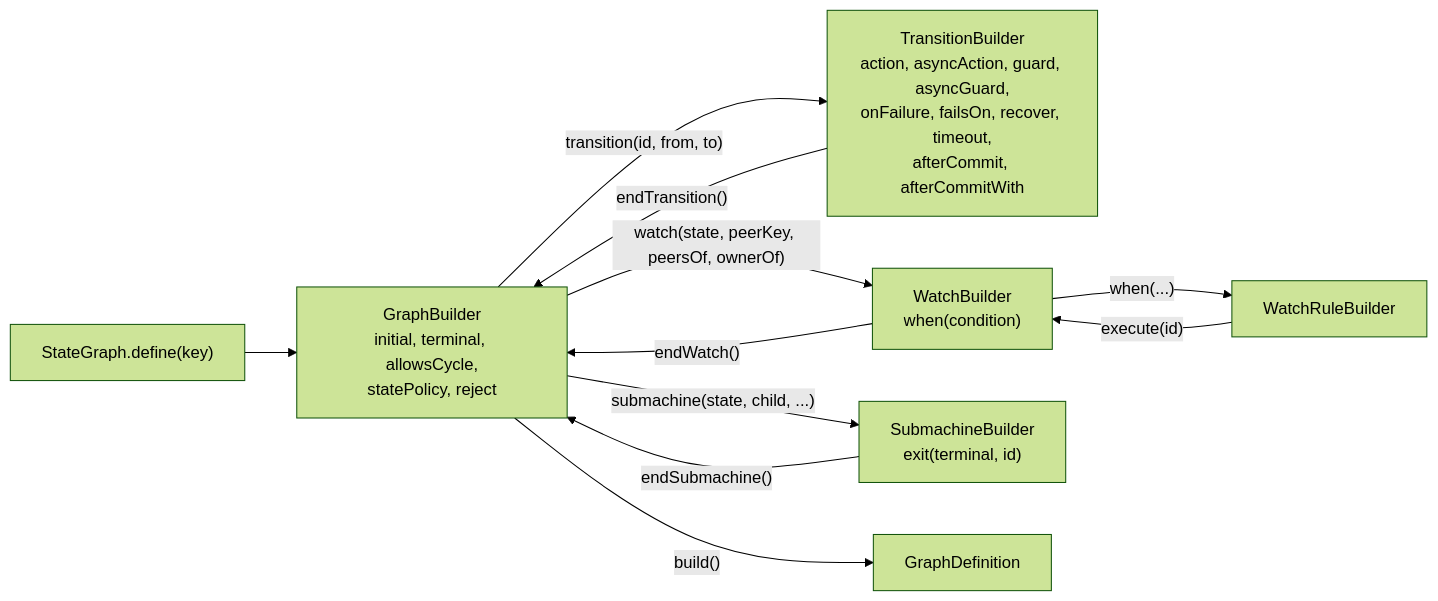
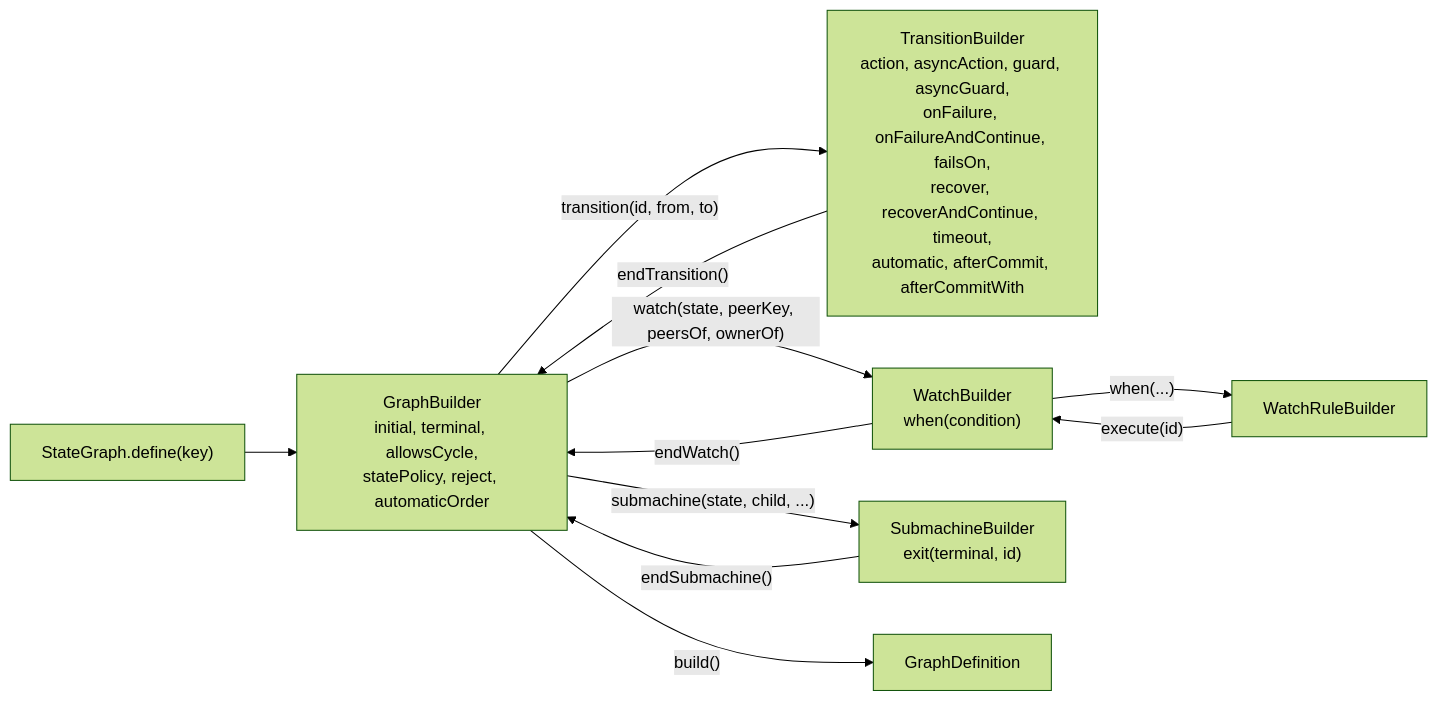
Before and after one commit to graphmaquina/graphmaquina: the diagram in docs/dsl.md, drawn with Mermaid (forest theme). The commit also changed other lines of this file and 36 other files, not shown here.

````diff
--- a/docs/dsl.md
+++ b/docs/dsl.md
@@ -82,13 +82,13 @@
 ```mermaid
 flowchart LR
-    define["StateGraph.define(key)"] --> graphStage["GraphBuilder<br/>initial, terminal, allowsCycle,<br/>statePolicy, reject"]
-    graphStage -- "transition(id, from, to)" --> edge["TransitionBuilder<br/>action, asyncAction, guard, asyncGuard,<br/>onFailure, failsOn, recover, timeout,<br/>afterCommit, afterCommitWith"]
+    define["StateGraph.define(key)"] --> graphStage["GraphBuilder<br/>initial, terminal, allowsCycle,<br/>statePolicy, reject, automaticOrder"]
+    graphStage -- "transition(id, from, to)" --> edge["TransitionBuilder<br/>action, asyncAction, guard, asyncGuard,<br/>onFailure, onFailureAndContinue, failsOn,<br/>recover, recoverAndContinue, timeout,<br/>automatic, afterCommit, afterCommitWith"]
     edge -- "endTransition()" --> graphStage
     graphStage -- "watch(state, peerKey, peersOf, ownerOf)" --> watch["WatchBuilder<br/>when(condition)"]
     watch -- "when(...)" --> rule["WatchRuleBuilder"]
     rule -- "execute(id)" --> watch
     watch -- "endWatch()" --> graphStage
     graphStage -- "submachine(state, child, ...)" --> sub["SubmachineBuilder<br/>exit(terminal, id)"]
     sub -- "endSubmachine()" --> graphStage
     graphStage -- "build()" --> definition["GraphDefinition"]
 ```
````
